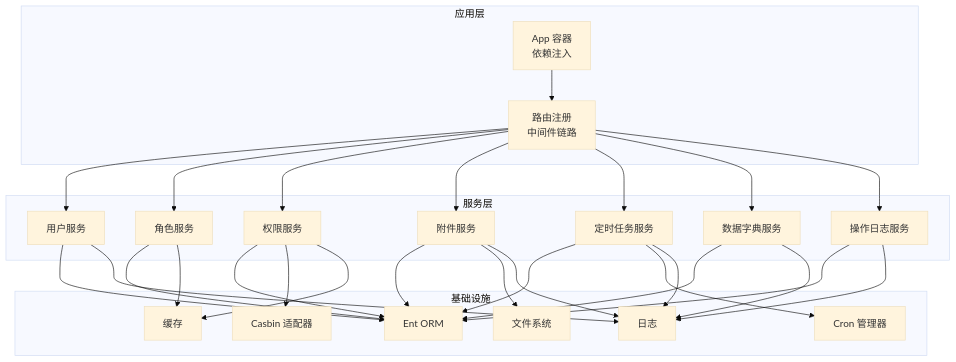
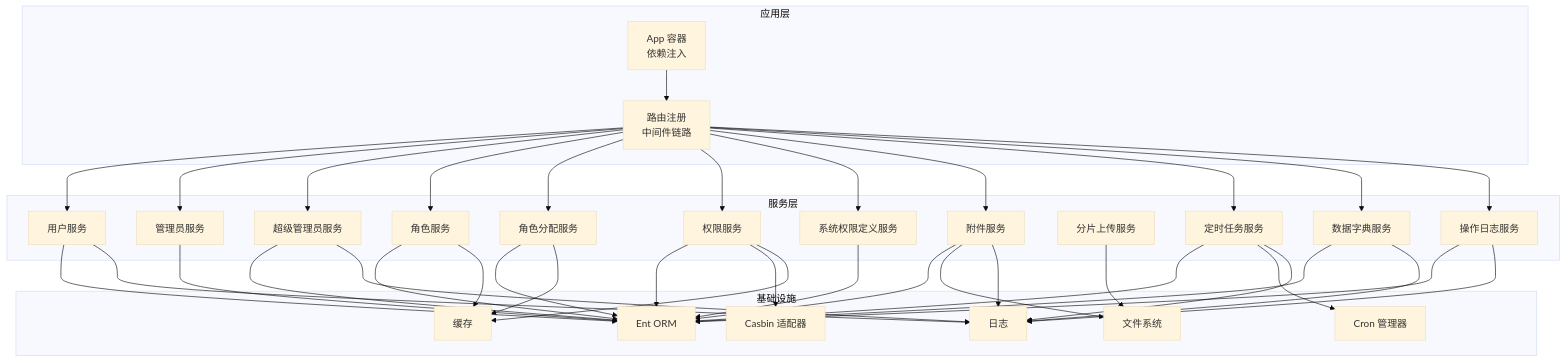
One commit to wuwuseo/e-sports-go-admin changed the first of 7 diagrams in .qoder/repowiki/zh/content/核心模块/核心模块.md. Above: the diagram before and after it, drawn with Mermaid (base theme). The commit also changed other lines of this file and 42 other files, not shown here.

````diff
--- a/.qoder/repowiki/zh/content/核心模块/核心模块.md
+++ b/.qoder/repowiki/zh/content/核心模块/核心模块.md
@@ -45,49 +54,65 @@
 ```mermaid
 graph TB
 subgraph "应用层"
 APP["App 容器<br/>依赖注入"]
 ROUTER["路由注册<br/>中间件链路"]
 end
 subgraph "服务层"
 SVC_USER["用户服务"]
+SVC_ADMIN["管理员服务"]
+SVC_SUPER_ADMIN["超级管理员服务"]
 SVC_ROLE["角色服务"]
+SVC_ROLE_ASSIGN["角色分配服务"]
 SVC_PERM["权限服务"]
+SVC_SYS_PERM["系统权限定义服务"]
 SVC_ATTACH["附件服务"]
+SVC_CHUNK["分片上传服务"]
 SVC_CRON["定时任务服务"]
 SVC_DICT["数据字典服务"]
 SVC_LOG["操作日志服务"]
 end
 subgraph "基础设施"
 ENT["Ent ORM"]
 CASBIN["Casbin 适配器"]
 CRON["Cron 管理器"]
 FS["文件系统"]
 CACHE["缓存"]
 LOG["日志"]
 end
 APP --> ROUTER
 ROUTER --> SVC_USER
+ROUTER --> SVC_ADMIN
+ROUTER --> SVC_SUPER_ADMIN
 ROUTER --> SVC_ROLE
+ROUTER --> SVC_ROLE_ASSIGN
 ROUTER --> SVC_PERM
+ROUTER --> SVC_SYS_PERM
 ROUTER --> SVC_ATTACH
 ROUTER --> SVC_CRON
 ROUTER --> SVC_DICT
 ROUTER --> SVC_LOG
 SVC_USER --> ENT
+SVC_ADMIN --> ENT
+SVC_SUPER_ADMIN --> ENT
 SVC_ROLE --> ENT
+SVC_ROLE_ASSIGN --> ENT
 SVC_PERM --> ENT
+SVC_SYS_PERM --> ENT
 SVC_ATTACH --> ENT
 SVC_ATTACH --> FS
+SVC_CHUNK --> FS
 SVC_CRON --> ENT
 SVC_CRON --> CRON
 SVC_DICT --> ENT
 SVC_LOG --> ENT
 SVC_PERM --> CASBIN
 SVC_PERM --> CACHE
 SVC_ROLE --> CACHE
+SVC_ROLE_ASSIGN --> CACHE
 SVC_USER --> LOG
+SVC_SUPER_ADMIN --> LOG
 SVC_ATTACH --> LOG
 SVC_CRON --> LOG
 SVC_DICT --> LOG
 SVC_LOG --> LOG
 ```
````
